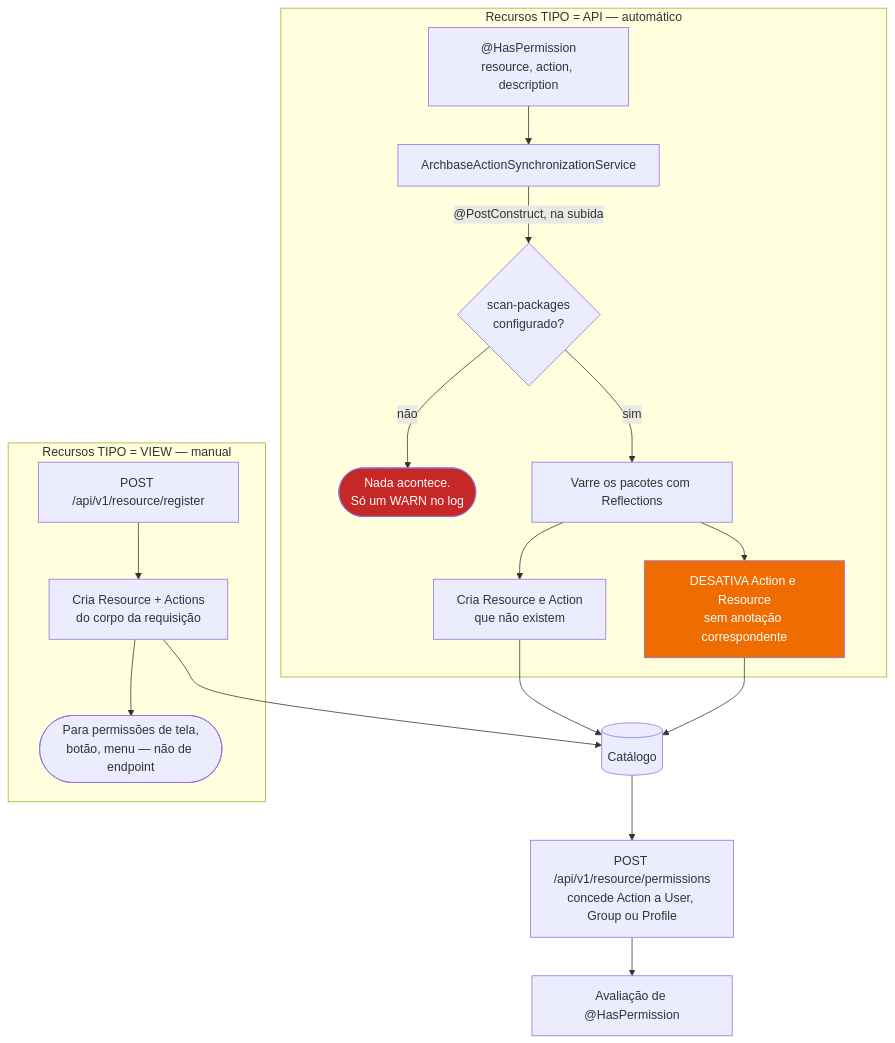
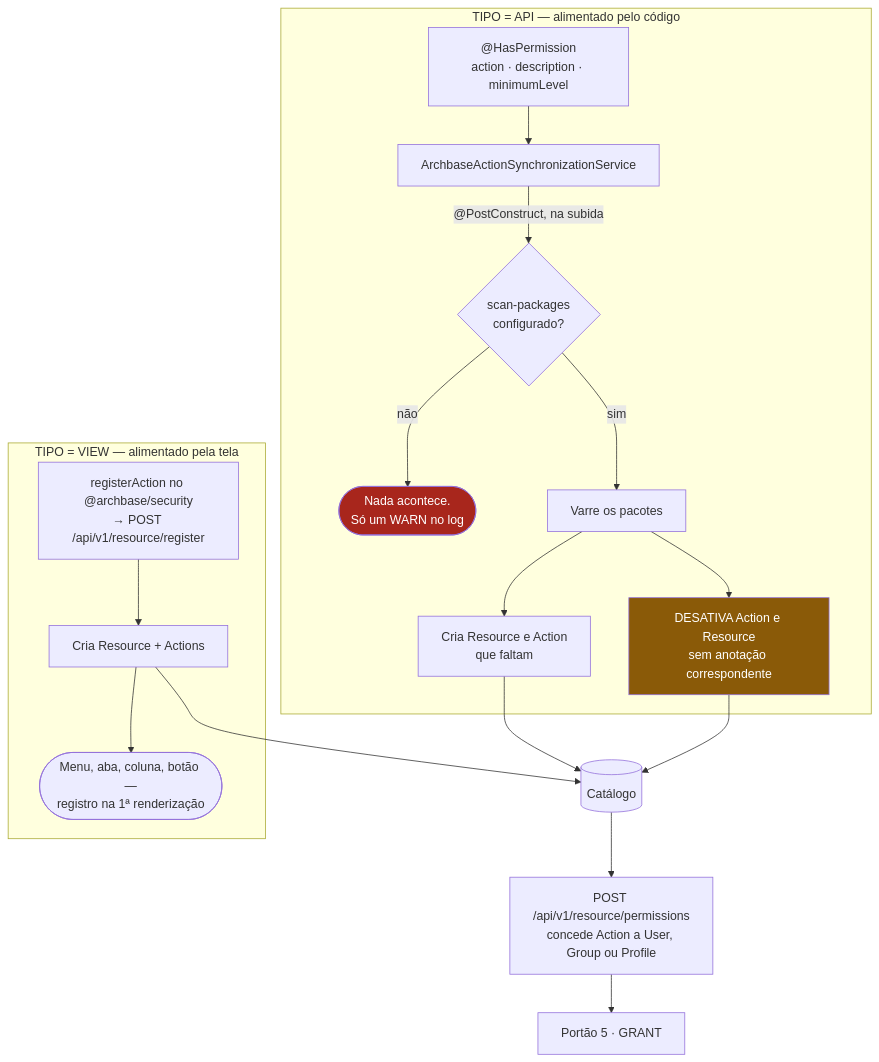
The fourth of 8 diagrams in archbase-security/ARQUITETURA.md (edsonmartins/archbase-app-framework), drawn with Mermaid before and after one commit. The commit also changed other lines of this file and 5 other files, not shown here.

````diff
--- a/archbase-security/ARQUITETURA.md
+++ b/archbase-security/ARQUITETURA.md
@@ -142,25 +309,25 @@
 ```mermaid
 flowchart TD
-    subgraph API["Recursos TIPO = API — automático"]
-        A1["@HasPermission<br/>resource, action, description"] --> A2[ArchbaseActionSynchronizationService]
+    subgraph API["TIPO = API — alimentado pelo código"]
+        A1["@HasPermission<br/>action · description · minimumLevel"] --> A2[ArchbaseActionSynchronizationService]
         A2 -->|"@PostConstruct, na subida"| A3{scan-packages<br/>configurado?}
         A3 -->|não| A4([Nada acontece.<br/>Só um WARN no log])
-        A3 -->|sim| A5[Varre os pacotes com Reflections]
-        A5 --> A6[Cria Resource e Action<br/>que não existem]
+        A3 -->|sim| A5[Varre os pacotes]
+        A5 --> A6[Cria Resource e Action<br/>que faltam]
         A5 --> A7[DESATIVA Action e Resource<br/>sem anotação correspondente]
     end
 
-    subgraph VIEW["Recursos TIPO = VIEW — manual"]
-        V1[POST /api/v1/resource/register] --> V2[Cria Resource + Actions<br/>do corpo da requisição]
-        V2 --> V3([Para permissões de tela,<br/>botão, menu — não de endpoint])
+    subgraph VIEW["TIPO = VIEW — alimentado pela tela"]
+        V1["registerAction no @archbase/security<br/>→ POST /api/v1/resource/register"] --> V2[Cria Resource + Actions]
+        V2 --> V3([Menu, aba, coluna, botão —<br/>registro na 1ª renderização])
     end
 
     A6 --> CAT[(Catálogo)]
     A7 --> CAT
     V2 --> CAT
     CAT --> G["POST /api/v1/resource/permissions<br/>concede Action a User, Group ou Profile"]
-    G --> CHK[Avaliação de @HasPermission]
+    G --> CHK[Portão 5 · GRANT]
 
-    style A4 fill:#c62828,color:#fff
-    style A7 fill:#ef6c00,color:#fff
+    style A4 fill:#a8261c,color:#fff
+    style A7 fill:#8a5a08,color:#fff
 ```
````
